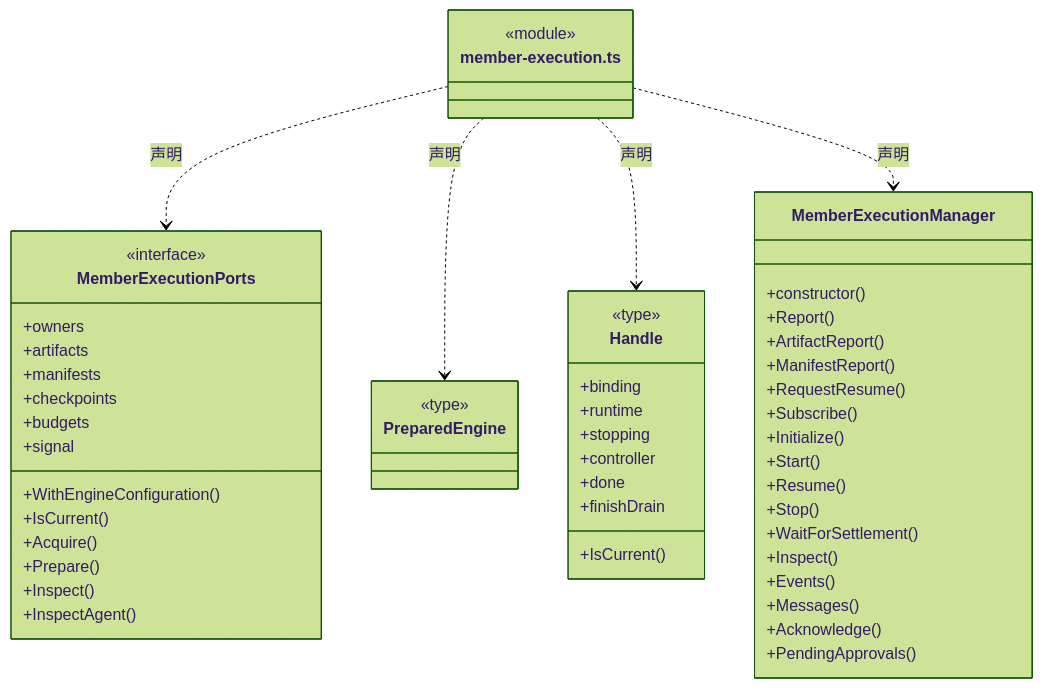
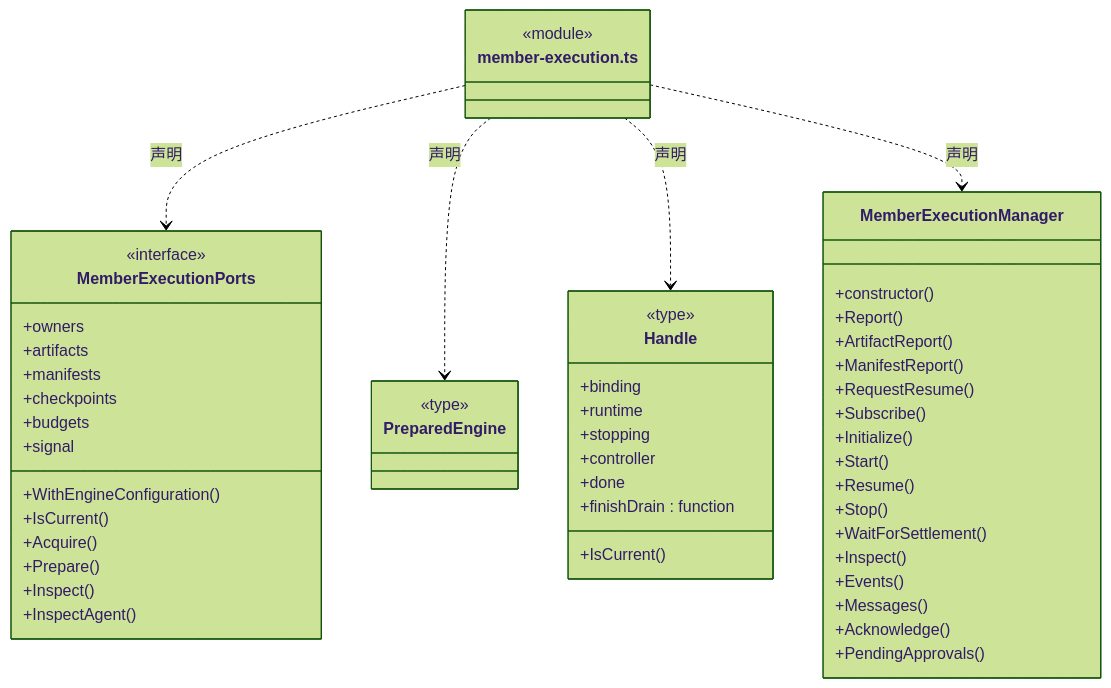
Before and after one commit to nan023062/cbim: the fifth of 16 diagrams in src/logic/team/runtime/ARCHITECTURE.md, drawn with Mermaid (forest theme). The commit also changed other lines of this file and 137 other files, not shown here.

Commit message:
fix: align architecture generator with documentation standards

````diff
--- a/src/logic/team/runtime/ARCHITECTURE.md
+++ b/src/logic/team/runtime/ARCHITECTURE.md
@@ -180,57 +188,57 @@
 ```mermaid
 classDiagram
 class N_src_logic_team_runtime_member_execution_ts["member-execution.ts"] {
   <<module>>
 }
 class N_src_logic_team_runtime_member_execution_ts_MemberExecutionPorts["MemberExecutionPorts"] {
   <<interface>>
   +owners
   +WithEngineConfiguration()
   +artifacts
   +manifests
   +checkpoints
   +budgets
   +IsCurrent()
   +signal
   +Acquire()
   +Prepare()
   +Inspect()
   +InspectAgent()
 }
 N_src_logic_team_runtime_member_execution_ts ..> N_src_logic_team_runtime_member_execution_ts_MemberExecutionPorts : 声明
 class N_src_logic_team_runtime_member_execution_ts_PreparedEngine["PreparedEngine"] {
   <<type>>
 
 }
 N_src_logic_team_runtime_member_execution_ts ..> N_src_logic_team_runtime_member_execution_ts_PreparedEngine : 声明
 class N_src_logic_team_runtime_member_execution_ts_Handle["Handle"] {
   <<type>>
   +binding
   +runtime
   +stopping
   +IsCurrent()
   +controller
   +done
-  +finishDrain
+  +finishDrain : function
 }
 N_src_logic_team_runtime_member_execution_ts ..> N_src_logic_team_runtime_member_execution_ts_Handle : 声明
 class N_src_logic_team_runtime_member_execution_ts_MemberExecutionManager["MemberExecutionManager"] {
   +constructor()
   +Report()
   +ArtifactReport()
   +ManifestReport()
   +RequestResume()
   +Subscribe()
   +Initialize()
   +Start()
   +Resume()
   +Stop()
   +WaitForSettlement()
   +Inspect()
   +Events()
   +Messages()
   +Acknowledge()
   +PendingApprovals()
 }
 N_src_logic_team_runtime_member_execution_ts ..> N_src_logic_team_runtime_member_execution_ts_MemberExecutionManager : 声明
 ```
````
